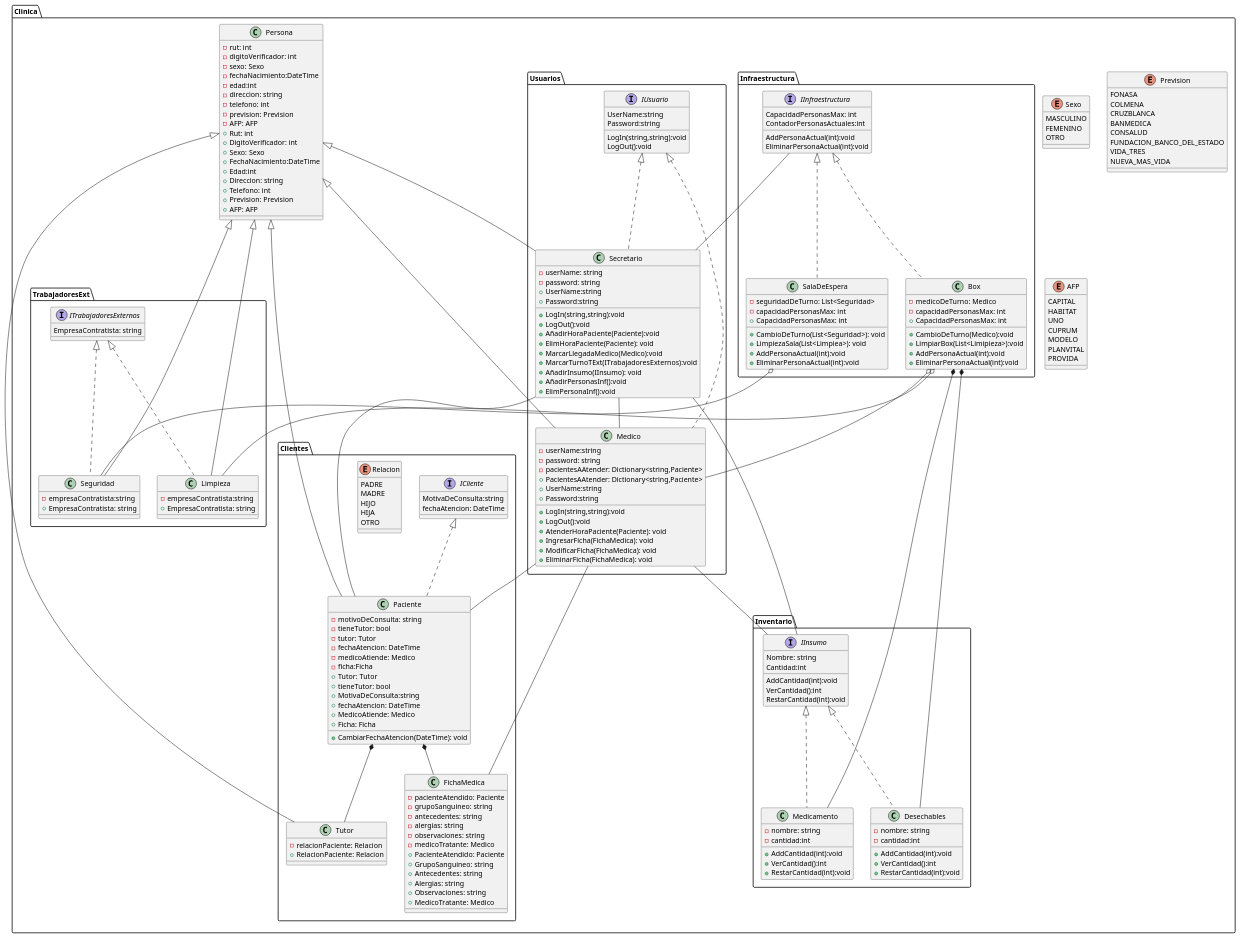
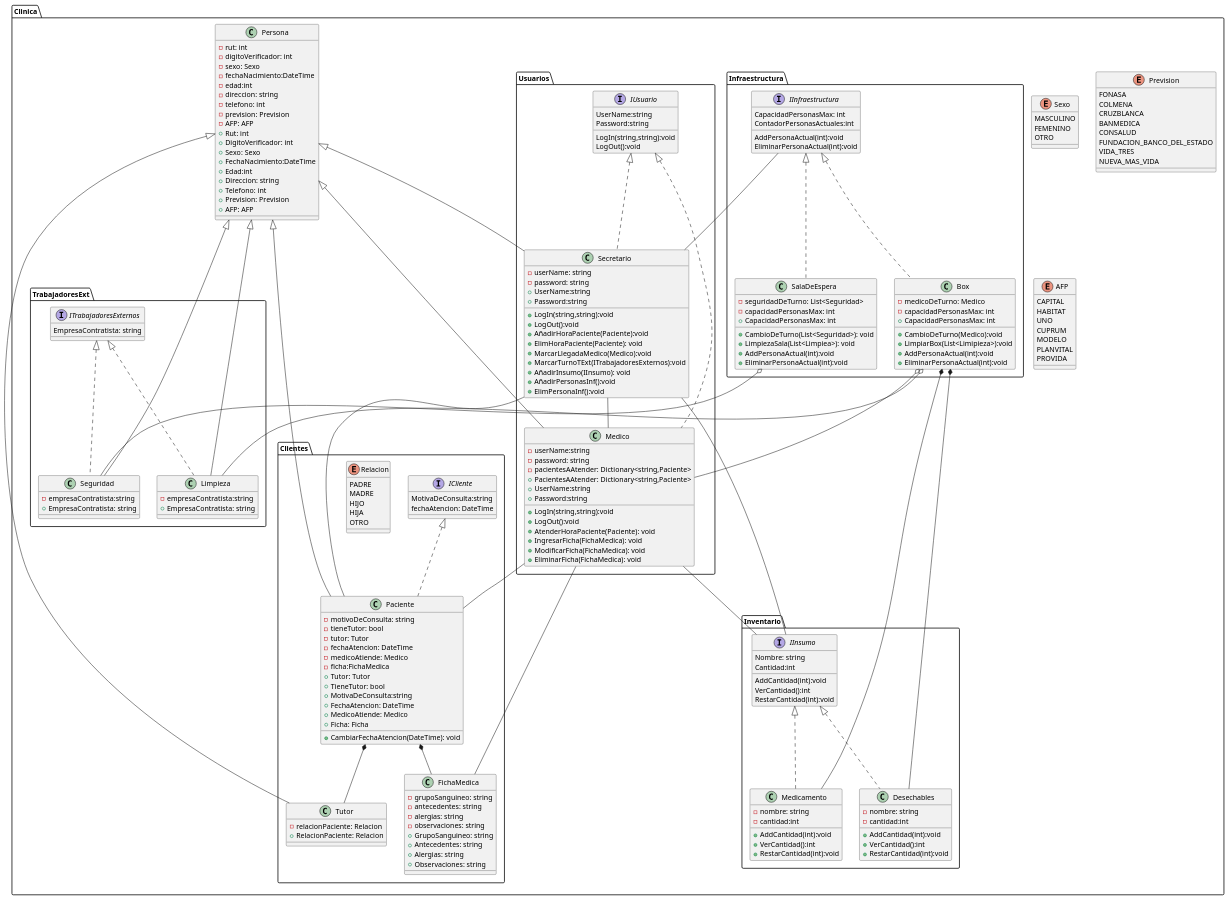
Before and after one commit to ecadiz123/ProyectoAvaloniaProgra2: the diagram in consultorio.puml, drawn with PlantUML. The commit also changed 4 other files, not shown here.

Commit message:
Actualizacion clases y UML

```diff
--- a/consultorio.puml
+++ b/consultorio.puml
@@ -100,19 +100,14 @@
         }
         class FichaMedica
         {
-          - pacienteAtendido: Paciente
           - grupoSanguineo: string
           - antecedentes: string
           - alergias: string
           - observaciones: string
-          - medicoTratante: Medico
-          + PacienteAtendido: Paciente
           + GrupoSanguineo: string
           + Antecedentes: string
           + Alergias: string
           + Observaciones: string
-          + MedicoTratante: Medico
-          
         }
 
         enum Relacion{
@@ -128,12 +123,12 @@
             - tutor: Tutor
             - fechaAtencion: DateTime
             - medicoAtiende: Medico
-            - ficha:Ficha
+            - ficha:FichaMedica
             + CambiarFechaAtencion(DateTime): void
             + Tutor: Tutor
-            + tieneTutor: bool
+            + TieneTutor: bool
             + MotivaDeConsulta:string
-            + fechaAtencion: DateTime
+            + FechaAtencion: DateTime
             + MedicoAtiende: Medico
             + Ficha: Ficha
         }
```
